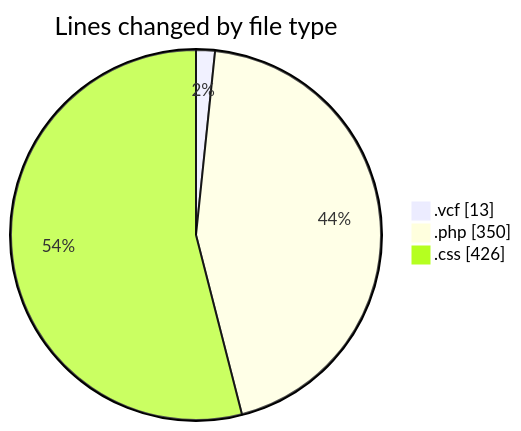
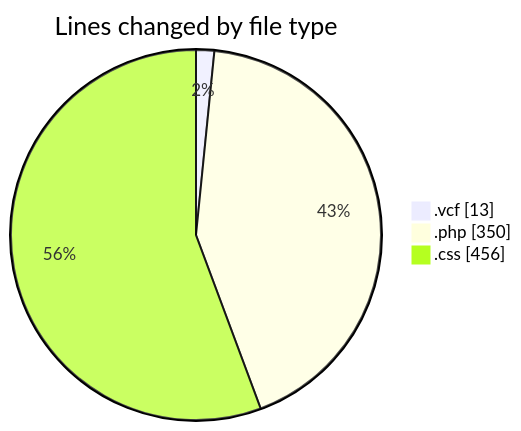
The first of 2 diagrams in 2025-06-03/totem/README.md (LanceThiago/code-tracking), drawn with Mermaid before and after one commit. The commit also changed other lines of this file and 1 other file, not shown here.

````diff
--- a/2025-06-03/totem/README.md
+++ b/2025-06-03/totem/README.md
@@ -24,7 +24,7 @@
 ```mermaid
 pie showData
 title Lines changed by file type
 ".vcf" : 13
 ".php" : 350
-".css" : 426
+".css" : 456
 ```
````
